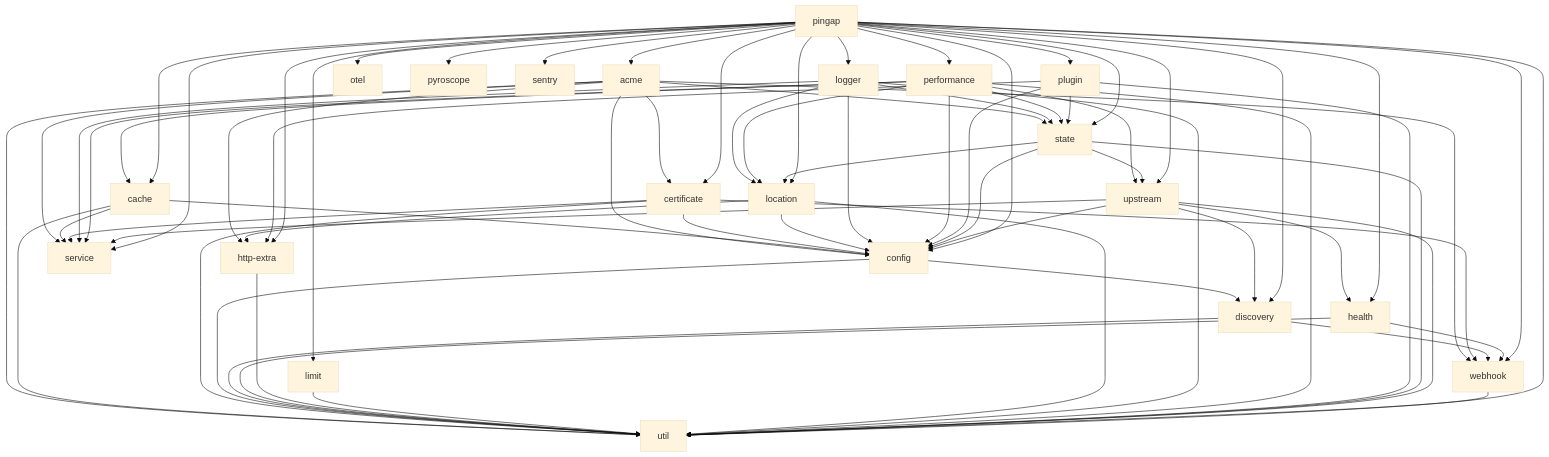
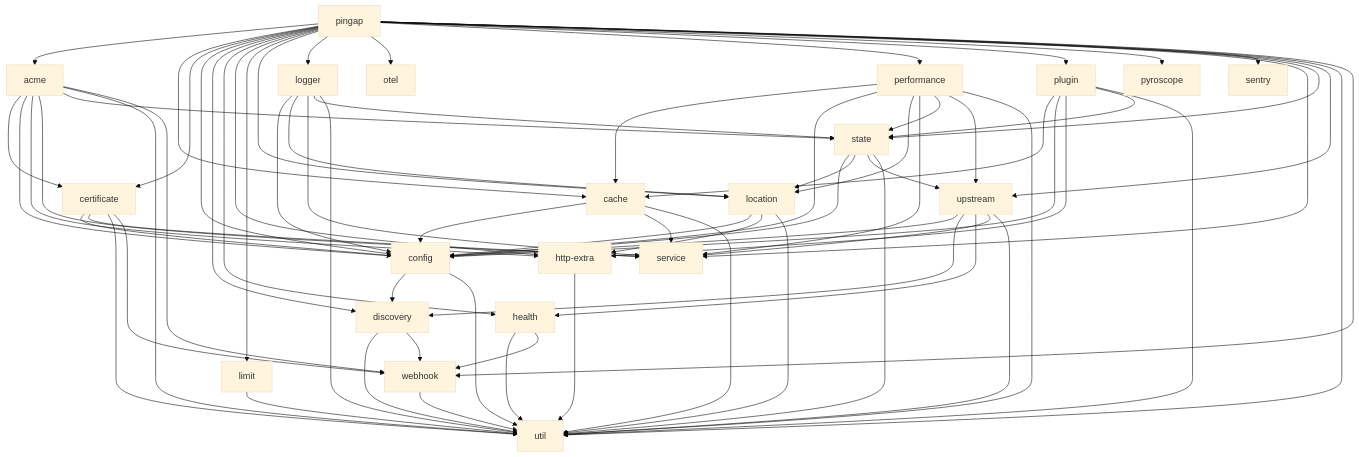
The diagram in docs/modules.md (vicanso/pingap), drawn with Mermaid (base theme) before and after one commit. The commit also changed 12 other files, not shown here.

```diff
--- a/docs/modules.md
+++ b/docs/modules.md
@@ -50,6 +50,7 @@
     performance --> upstream
     performance --> util
 
+    plugin --> cache
     plugin --> config
     plugin --> http-extra
     plugin --> state
```
